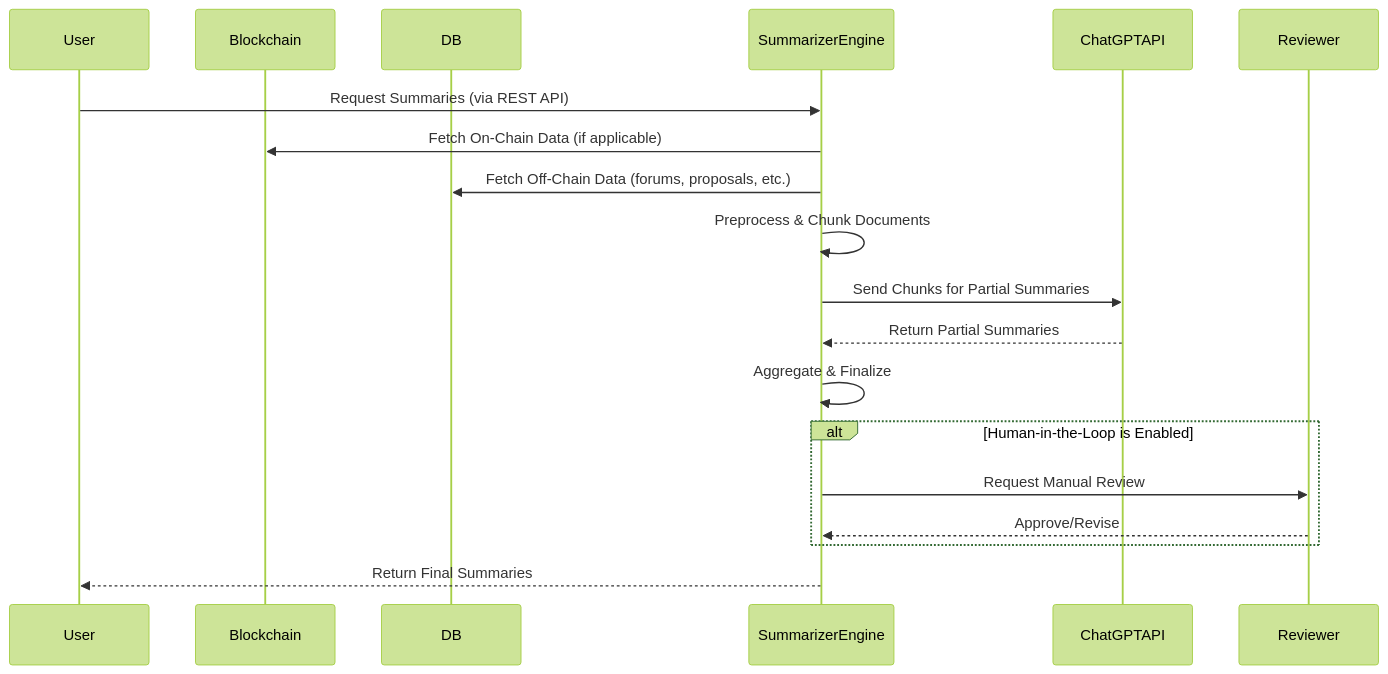
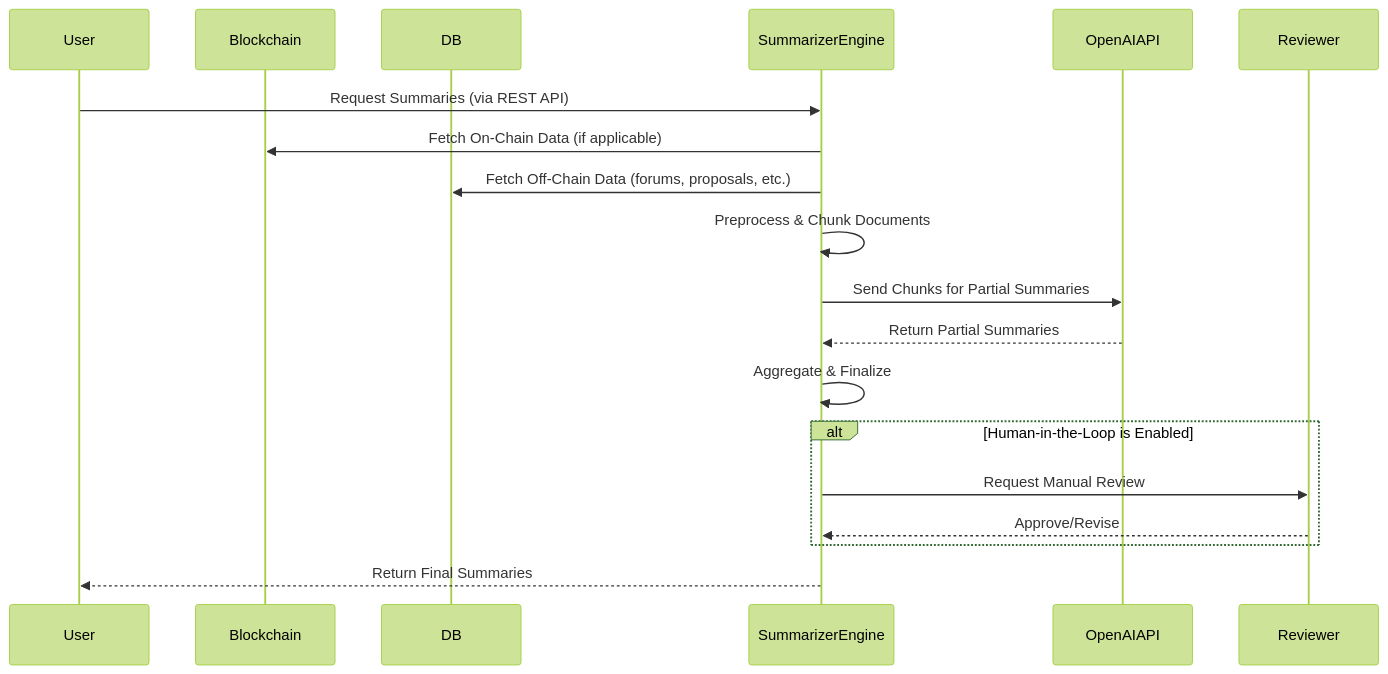
The second of 2 diagrams in AI-DAO-Summarization/DAO_Multi_Doc_Summarization_System_Design.md (mossland/MosslandAI), drawn with Mermaid (forest theme) before and after one commit. The commit also changed other lines of this file and 45 other files, not shown here.

````diff
--- a/AI-DAO-Summarization/DAO_Multi_Doc_Summarization_System_Design.md
+++ b/AI-DAO-Summarization/DAO_Multi_Doc_Summarization_System_Design.md
@@ -69,22 +69,22 @@
 ```mermaid
 sequenceDiagram
     participant User
     participant Blockchain
     participant DB
     participant SummarizerEngine
-    participant ChatGPTAPI
+    participant OpenAIAPI
     participant Reviewer
 
     User->>SummarizerEngine: Request Summaries (via REST API)
     SummarizerEngine->>Blockchain: Fetch On-Chain Data (if applicable)
     SummarizerEngine->>DB: Fetch Off-Chain Data (forums, proposals, etc.)
     SummarizerEngine->>SummarizerEngine: Preprocess & Chunk Documents
-    SummarizerEngine->>ChatGPTAPI: Send Chunks for Partial Summaries
-    ChatGPTAPI-->>SummarizerEngine: Return Partial Summaries
+    SummarizerEngine->>OpenAIAPI: Send Chunks for Partial Summaries
+    OpenAIAPI-->>SummarizerEngine: Return Partial Summaries
     SummarizerEngine->>SummarizerEngine: Aggregate & Finalize
     alt Human-in-the-Loop is Enabled
         SummarizerEngine->>Reviewer: Request Manual Review
         Reviewer-->>SummarizerEngine: Approve/Revise
     end
     SummarizerEngine-->>User: Return Final Summaries
 ```
````
